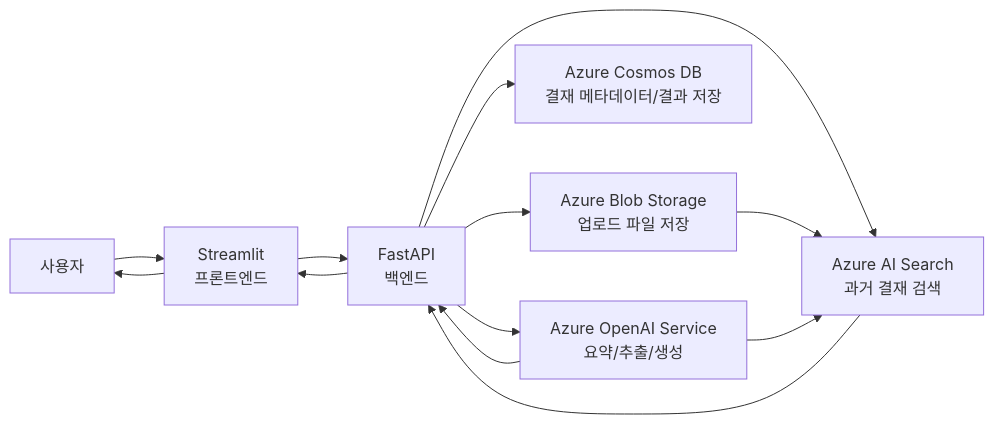
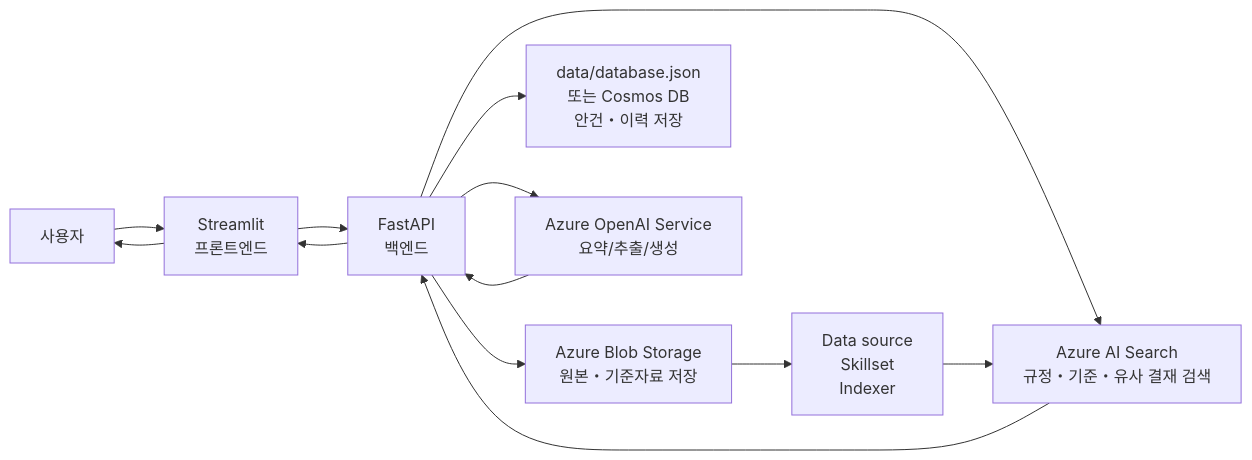
Before and after one commit to intaegi/ai_assist_project: the first of 3 diagrams in docs/decision_rag_presentation_outline_ko.md, drawn with Mermaid. The commit also changed other lines of this file and 10 other files, not shown here.

Commit message:
Align UI sections and update RAG flow docs

````diff
--- a/docs/decision_rag_presentation_outline_ko.md
+++ b/docs/decision_rag_presentation_outline_ko.md
@@ -25,16 +25,16 @@
 ```mermaid
 flowchart LR
     User["사용자"] --> UI["Streamlit<br/>프론트엔드"]
     UI --> API["FastAPI<br/>백엔드"]
-    API --> Blob["Azure Blob Storage<br/>업로드 파일 저장"]
-    API --> Cosmos["Azure Cosmos DB<br/>결재 메타데이터/결과 저장"]
-    API --> Search["Azure AI Search<br/>과거 결재 검색"]
+    API --> Blob["Azure Blob Storage<br/>원본・기준자료 저장"]
+    API --> Store["data/database.json<br/>또는 Cosmos DB<br/>안건・이력 저장"]
+    API --> Search["Azure AI Search<br/>규정・기준・유사 결재 검색"]
     API --> AOAI["Azure OpenAI Service<br/>요약/추출/생성"]
+    Blob --> DS["Data source<br/>Skillset<br/>Indexer"]
+    DS --> Search
 
-    Blob --> Search
-    AOAI --> Search
     Search --> API
     AOAI --> API
     API --> UI
     UI --> User
 ```
````
